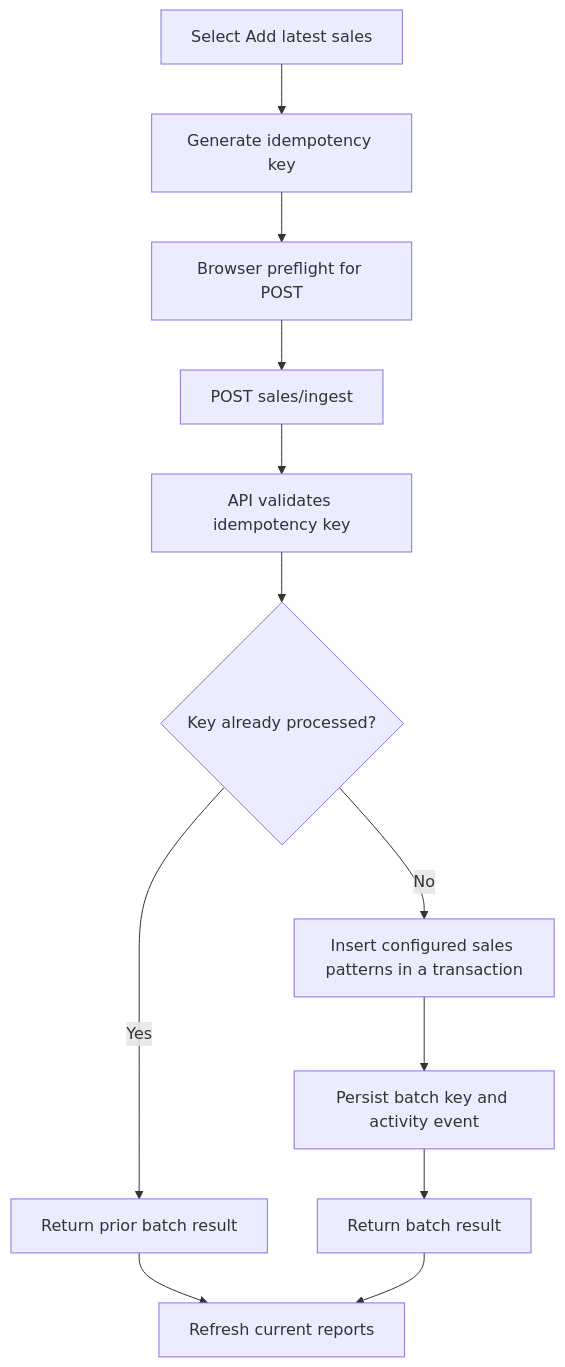
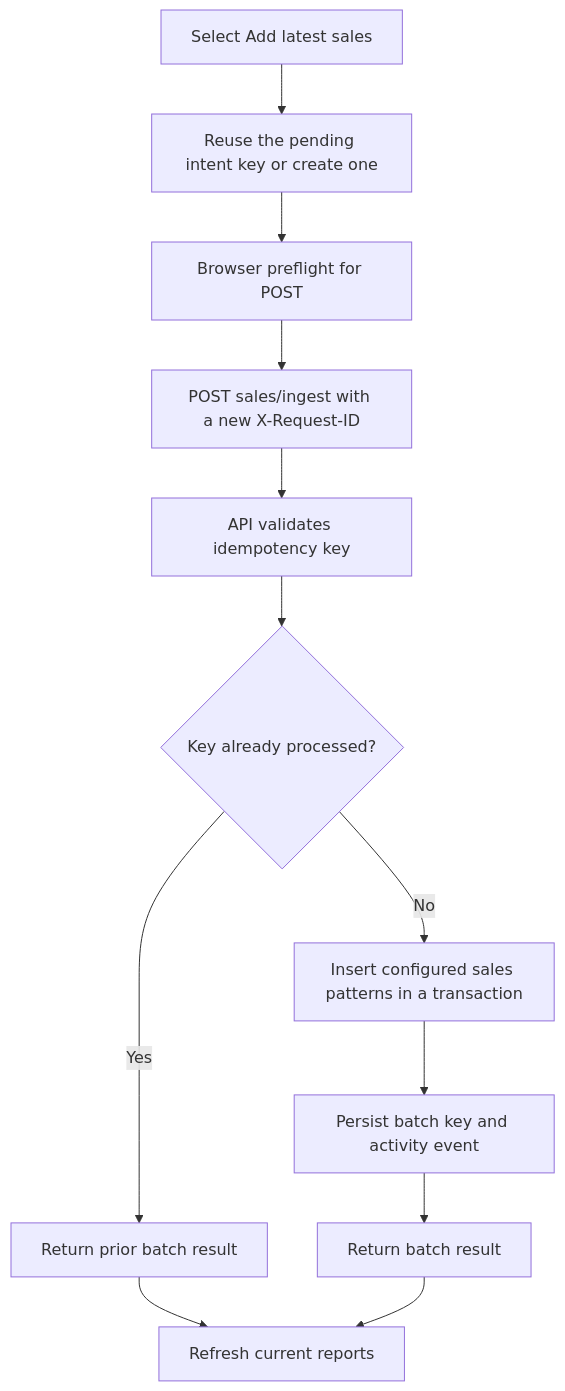
One commit to gopichand-retail-apps/retailpulse-frontend changed the eighth of 12 diagrams in docs/architecture.md. Above: the diagram before and after it, drawn with Mermaid. The commit also changed other lines of this file and 29 other files, not shown here.

````diff
--- a/docs/architecture.md
+++ b/docs/architecture.md
@@ -219,14 +226,14 @@
 ```mermaid
 flowchart TD
-    A[Select Add latest sales] --> B[Generate idempotency key]
+    A[Select Add latest sales] --> B[Reuse the pending intent key or create one]
     B --> C[Browser preflight for POST]
-    C --> D[POST sales/ingest]
+    C --> D[POST sales/ingest with a new X-Request-ID]
     D --> E[API validates idempotency key]
     E --> F{Key already processed?}
     F -->|Yes| G[Return prior batch result]
     F -->|No| H[Insert configured sales patterns in a transaction]
     H --> I[Persist batch key and activity event]
     I --> J[Return batch result]
     G --> K[Refresh current reports]
     J --> K
 ```
````
